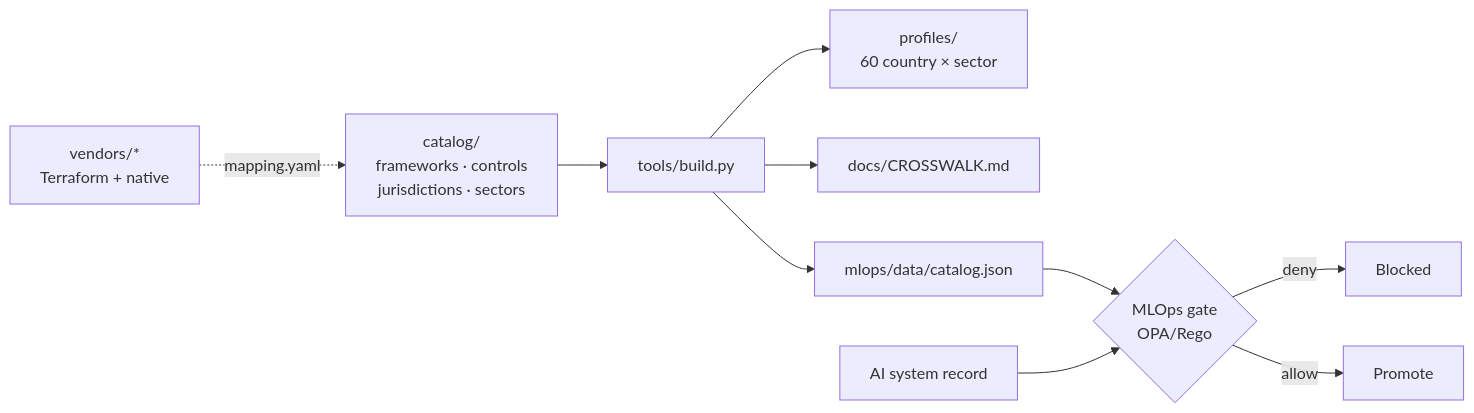
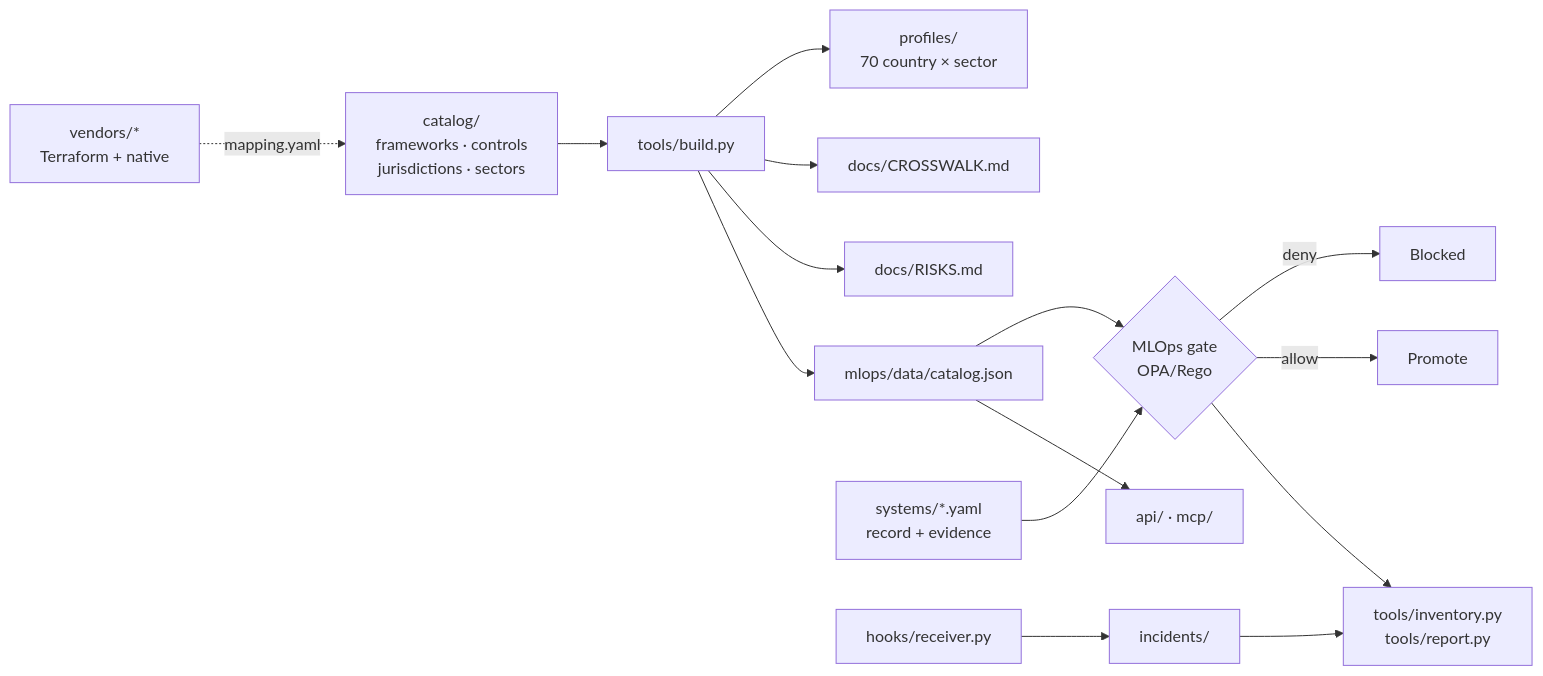
The diagram in README.md (caiotk/ai-governance-compliance-as-code), drawn with Mermaid before and after one commit. The commit also changed other lines of this file and 11 other files, not shown here.

````diff
--- a/README.md
+++ b/README.md
@@ -92,12 +131,16 @@
 ```mermaid
 flowchart LR
   C["catalog/<br/>frameworks · controls<br/>jurisdictions · sectors"] --> B[tools/build.py]
-  B --> P["profiles/<br/>60 country × sector"]
+  B --> P["profiles/<br/>70 country × sector"]
   B --> X[docs/CROSSWALK.md]
+  B --> K[docs/RISKS.md]
   B --> D[mlops/data/catalog.json]
   D --> G{"MLOps gate<br/>OPA/Rego"}
-  S[AI system record] --> G
+  S["systems/*.yaml<br/>record + evidence"] --> G
   G -- deny --> Blocked
   G -- allow --> Promote
+  G --> I["tools/inventory.py<br/>tools/report.py"]
+  H["hooks/receiver.py"] --> N["incidents/"] --> I
+  D --> A["api/ · mcp/"]
   V["vendors/*<br/>Terraform + native"] -.->|mapping.yaml| C
 ```
````
